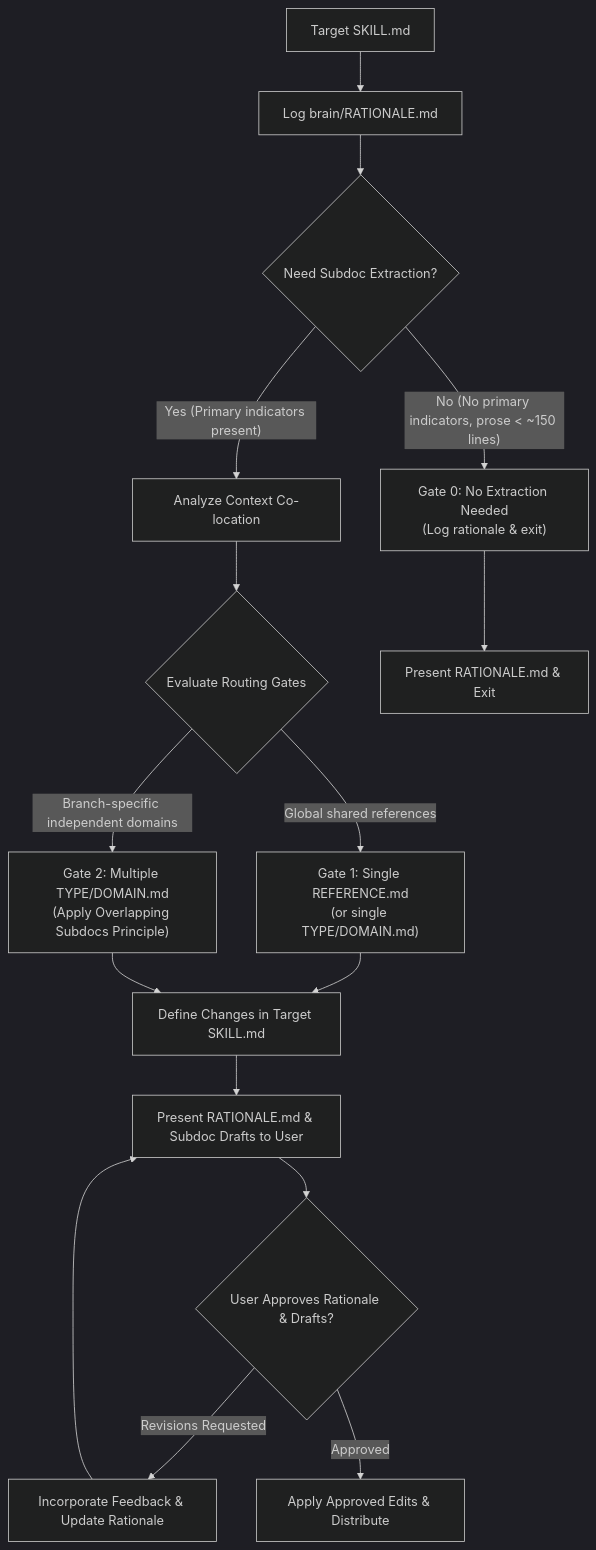
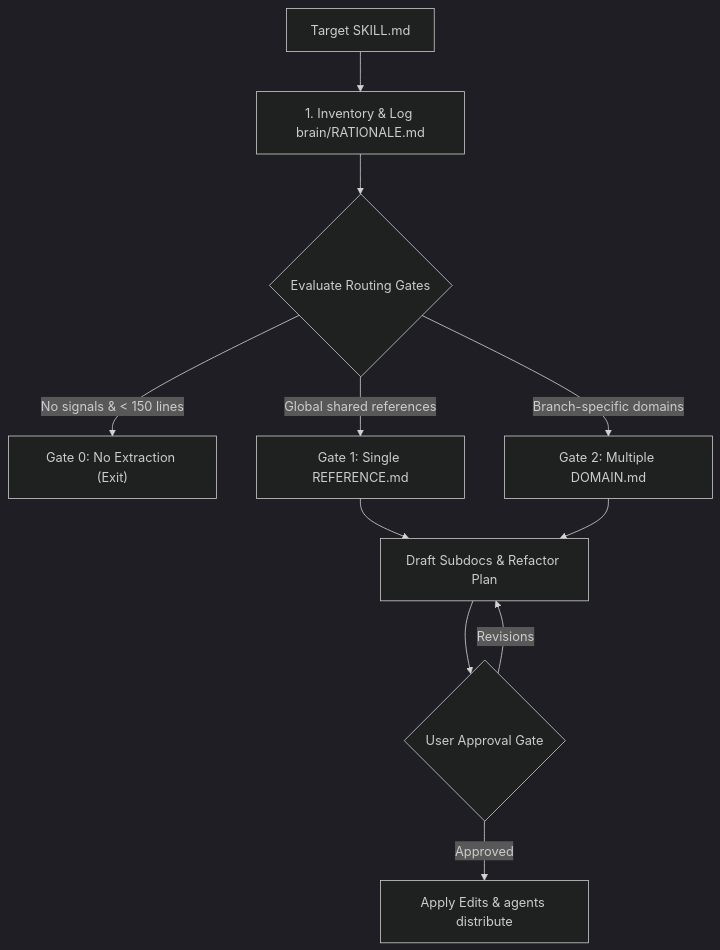
Before and after one commit to loerei/myskills: the diagram in productivity/write-skill-subdocs/SKILL.md, drawn with Mermaid (dark theme). The commit also changed other lines of this file and 101 other files, not shown here.

````diff
--- a/productivity/write-skill-subdocs/SKILL.md
+++ b/productivity/write-skill-subdocs/SKILL.md
@@ -18,19 +12,16 @@
 ```mermaid
 flowchart TD
-    TargetSKILL["Target SKILL.md"] --> InitRationale["Log brain/RATIONALE.md"] --> EvaluateCandidates{"Need Subdoc Extraction?"}
+    Start["Target SKILL.md"] --> Audit["1. Inventory & Log brain/RATIONALE.md"]
+    Audit --> Evaluate{"Evaluate Routing Gates"}
     
-    EvaluateCandidates -->|"No (No primary indicators, prose < ~150 lines)"| Gate0["Gate 0: No Extraction Needed<br/>(Log rationale & exit)"]
-    EvaluateCandidates -->|"Yes (Primary indicators present)"| GroupContext["Analyze Context Co-location"] --> CheckGates{"Evaluate Routing Gates"}
+    Evaluate -->|"No signals & < 150 lines"| Gate0["Gate 0: No Extraction (Exit)"]
+    Evaluate -->|"Global shared references"| Gate1["Gate 1: Single REFERENCE.md"]
+    Evaluate -->|"Branch-specific domains"| Gate2["Gate 2: Multiple DOMAIN.md"]
     
-    CheckGates -->|"Global shared references"| Gate1["Gate 1: Single REFERENCE.md<br/>(or single TYPE/DOMAIN.md)"]
-    CheckGates -->|"Branch-specific independent domains"| Gate2["Gate 2: Multiple TYPE/DOMAIN.md<br/>(Apply Overlapping Subdocs Principle)"]
+    Gate1 --> Plan["Draft Subdocs & Refactor Plan"]
+    Gate2 --> Plan
     
-    Gate1 --> PlanSkillEdit["Define Changes in Target SKILL.md"]
-    Gate2 --> PlanSkillEdit
-    
-    Gate0 --> ExitGate0["Present RATIONALE.md & Exit"]
-    PlanSkillEdit --> OutputUser["Present RATIONALE.md & Subdoc Drafts to User"]
-    OutputUser --> UserGate{"User Approves Rationale & Drafts?"}
-    UserGate -->|"Revisions Requested"| RefineDraft["Incorporate Feedback & Update Rationale"] --> OutputUser
-    UserGate -->|"Approved"| ExecStep["Apply Approved Edits & Distribute"]
+    Plan --> UserGate{"User Approval Gate"}
+    UserGate -->|"Revisions"| Plan
+    UserGate -->|"Approved"| Apply["Apply Edits & agents distribute"]
 ```
````
